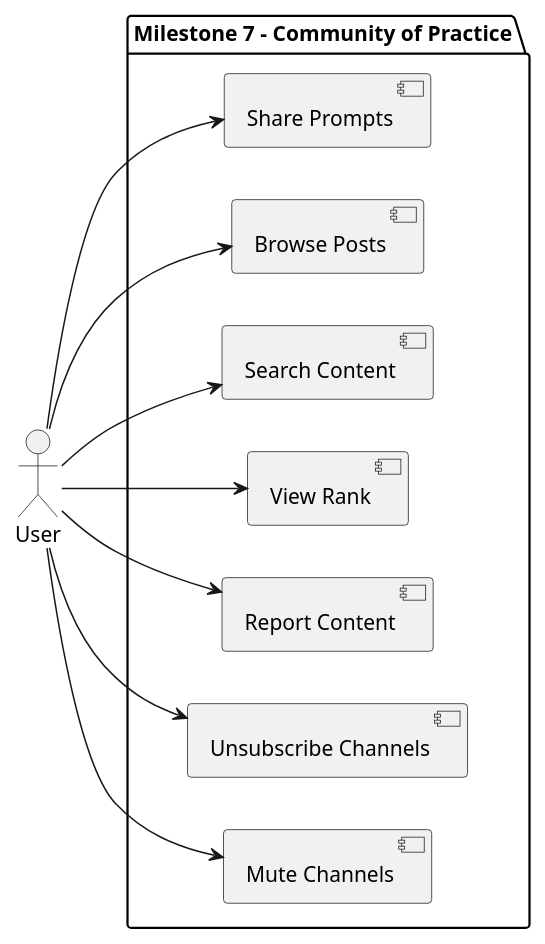
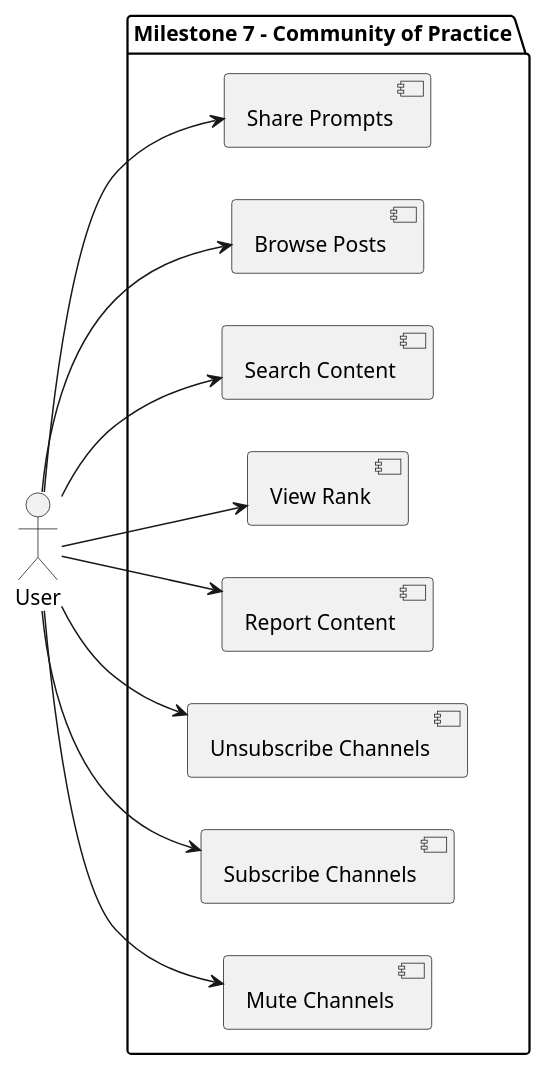
Before and after one commit to Windesheim-AI/UML-diagrams: the diagram in fdd/use-case-diagram/milestone_7.puml, drawn with PlantUML. The commit also changed 1 other file, not shown here.

```diff
--- a/fdd/use-case-diagram/milestone_7.puml
+++ b/fdd/use-case-diagram/milestone_7.puml
@@ -1,24 +1,26 @@
 @startuml
 left to right direction
 
 actor User as User
 
 package "Milestone 7 - Community of Practice" {
     [Share Prompts] as UC7_1
     [Browse Posts] as UC7_2
     [Search Content] as UC7_3
     [View Rank] as UC7_4
     [Report Content] as UC7_5
     [Unsubscribe Channels] as UC7_6
+    [Subscribe Channels] as UC7_8
     [Mute Channels] as UC7_7
 }
 
 User --> UC7_1
 User --> UC7_2
 User --> UC7_3
 User --> UC7_4
 User --> UC7_5
 User --> UC7_6
 User --> UC7_7
+User --> UC7_8
 
 @enduml
```
